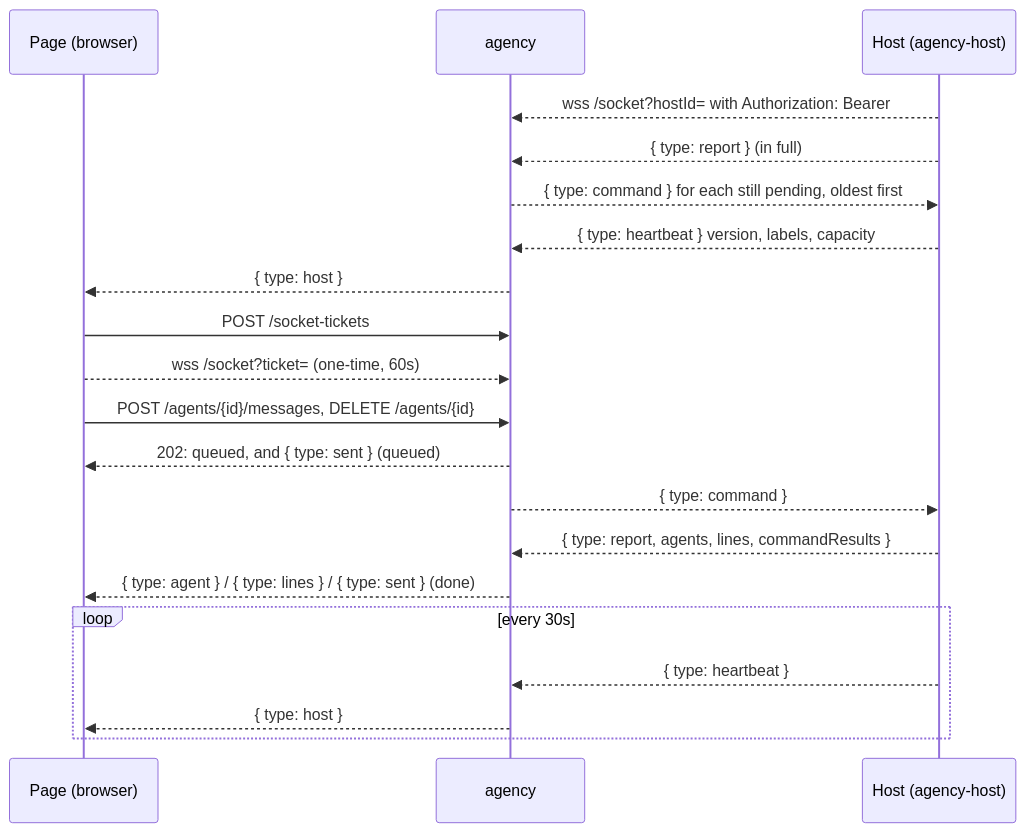
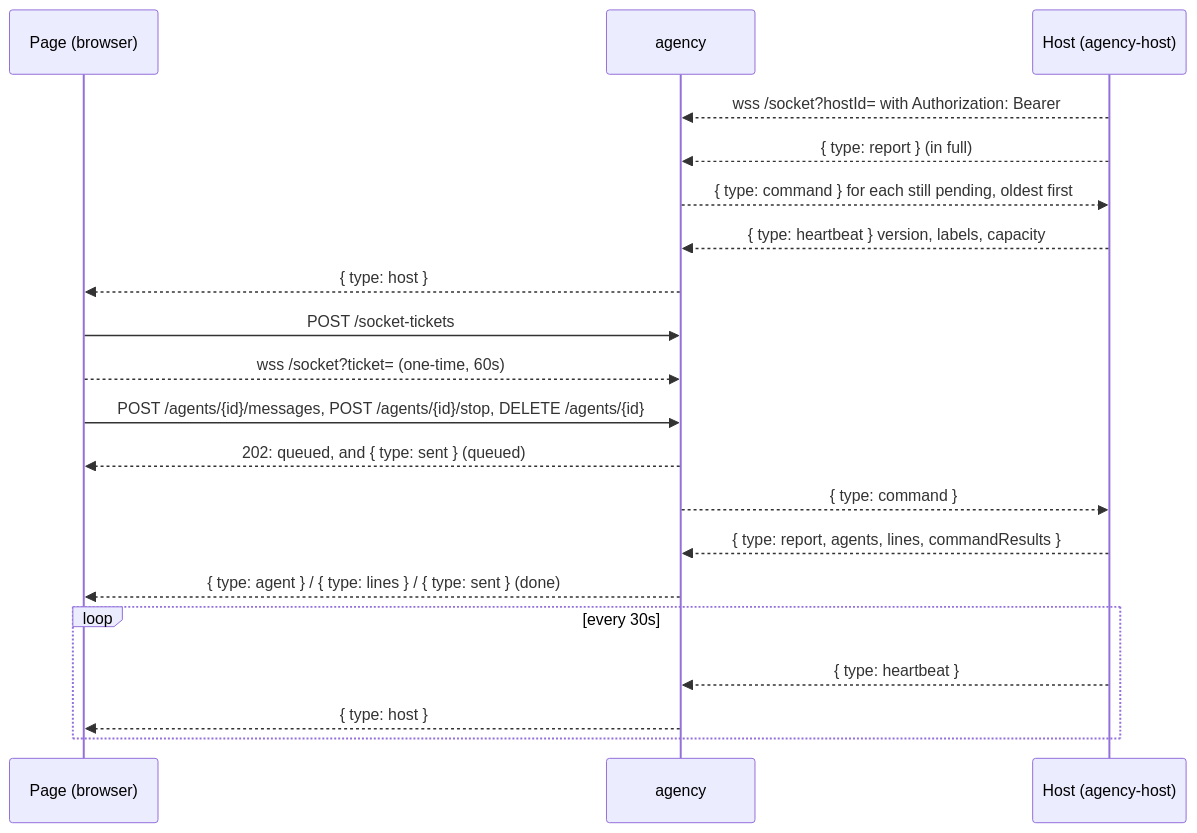
The diagram in README.md (dakotacolorado/agency), drawn with Mermaid before and after one commit. The commit also changed other lines of this file and 16 other files, not shown here.

````diff
--- a/README.md
+++ b/README.md
@@ -117,26 +117,26 @@
 ```mermaid
 sequenceDiagram
     participant P as Page (browser)
     participant S as agency
     participant H as Host (agency-host)
 
     H-->>S: wss /socket?hostId= with Authorization: Bearer
     H-->>S: { type: report } (in full)
     S-->>H: { type: command } for each still pending, oldest first
     H-->>S: { type: heartbeat } version, labels, capacity
     S-->>P: { type: host }
 
     P->>S: POST /socket-tickets
     P-->>S: wss /socket?ticket= (one-time, 60s)
 
-    P->>S: POST /agents/{id}/messages, DELETE /agents/{id}
+    P->>S: POST /agents/{id}/messages, POST /agents/{id}/stop, DELETE /agents/{id}
     S-->>P: 202: queued, and { type: sent } (queued)
     S-->>H: { type: command }
     H-->>S: { type: report, agents, lines, commandResults }
     S-->>P: { type: agent } / { type: lines } / { type: sent } (done)
 
     loop every 30s
         H-->>S: { type: heartbeat }
         S-->>P: { type: host }
     end
 ```
````
